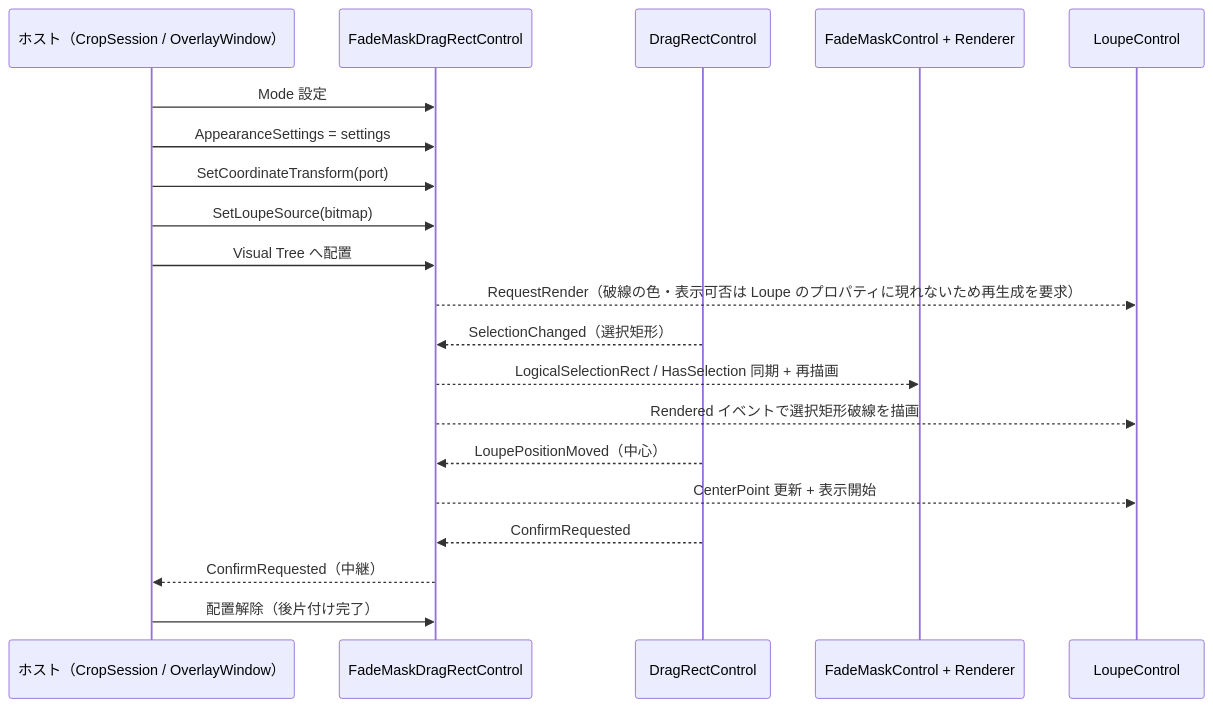
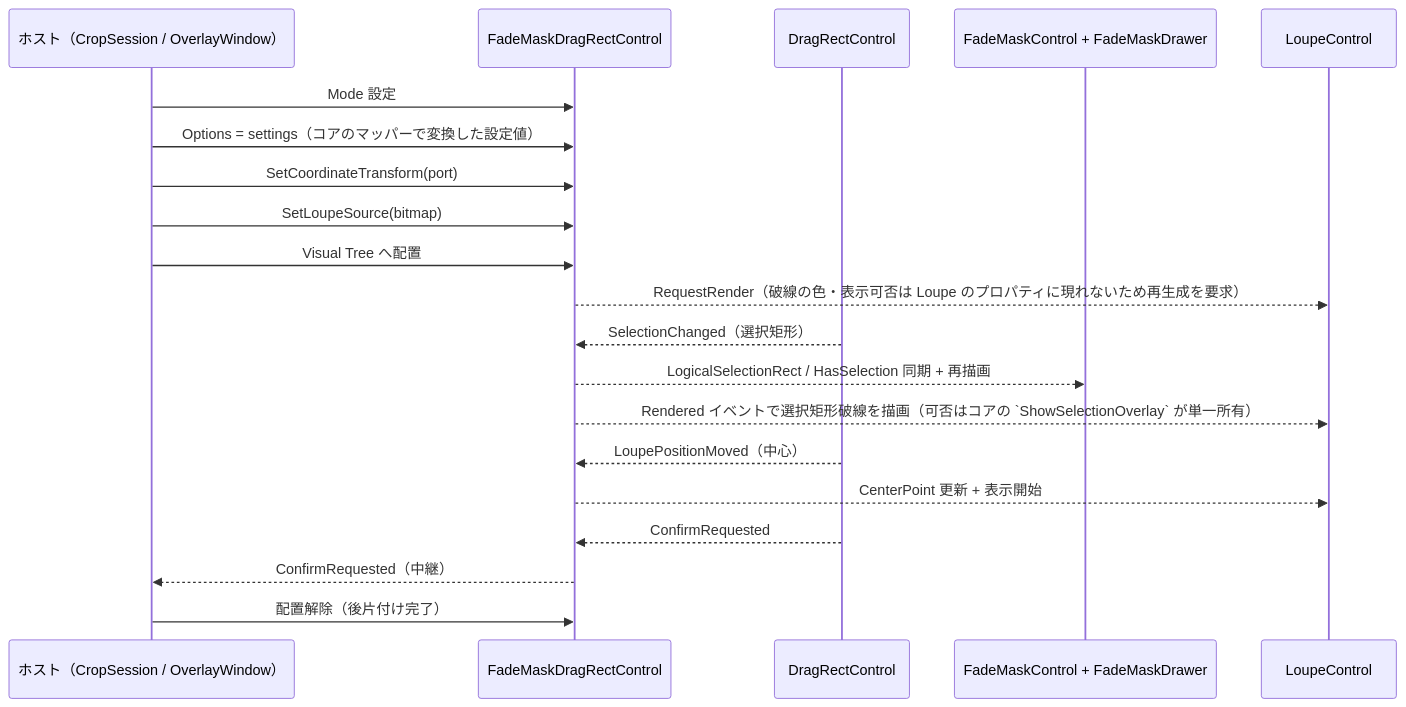
Before and after one commit to tomokuni/SaveEvidence: the second of 2 diagrams in src/FadeMaskDragRectControl.AvaloniaUI/SPEC_System.md, drawn with Mermaid. The commit also changed other lines of this file and 39 other files, not shown here.

````diff
--- a/src/FadeMaskDragRectControl.AvaloniaUI/SPEC_System.md
+++ b/src/FadeMaskDragRectControl.AvaloniaUI/SPEC_System.md
@@ -171,23 +177,23 @@
 ```mermaid
 sequenceDiagram
     participant H as ホスト（CropSession / OverlayWindow）
     participant C as FadeMaskDragRectControl
     participant DR as DragRectControl
-    participant FM as FadeMaskControl + Renderer
+    participant FM as FadeMaskControl + FadeMaskDrawer
     participant LC as LoupeControl
 
     H->>C: Mode 設定
-    H->>C: AppearanceSettings = settings
+    H->>C: Options = settings（コアのマッパーで変換した設定値）
     H->>C: SetCoordinateTransform(port)
     H->>C: SetLoupeSource(bitmap)
     H->>C: Visual Tree へ配置
     C-->>LC: RequestRender（破線の色・表示可否は Loupe のプロパティに現れないため再生成を要求）
     DR-->>C: SelectionChanged（選択矩形）
     C-->>FM: LogicalSelectionRect / HasSelection 同期 + 再描画
-    C-->>LC: Rendered イベントで選択矩形破線を描画
+    C-->>LC: Rendered イベントで選択矩形破線を描画（可否はコアの `ShowSelectionOverlay` が単一所有）
     DR-->>C: LoupePositionMoved（中心）
     C-->>LC: CenterPoint 更新 + 表示開始
     DR-->>C: ConfirmRequested
     C-->>H: ConfirmRequested（中継）
     H->>C: 配置解除（後片付け完了）
 ```
````
